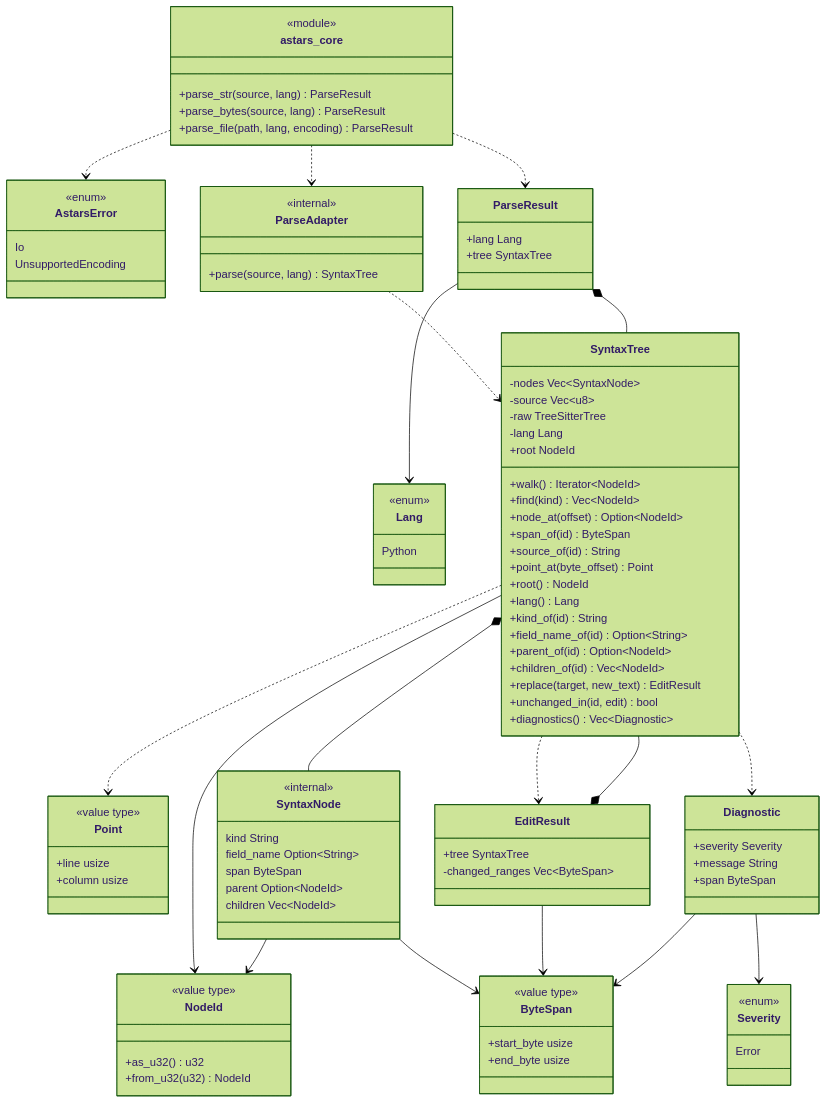
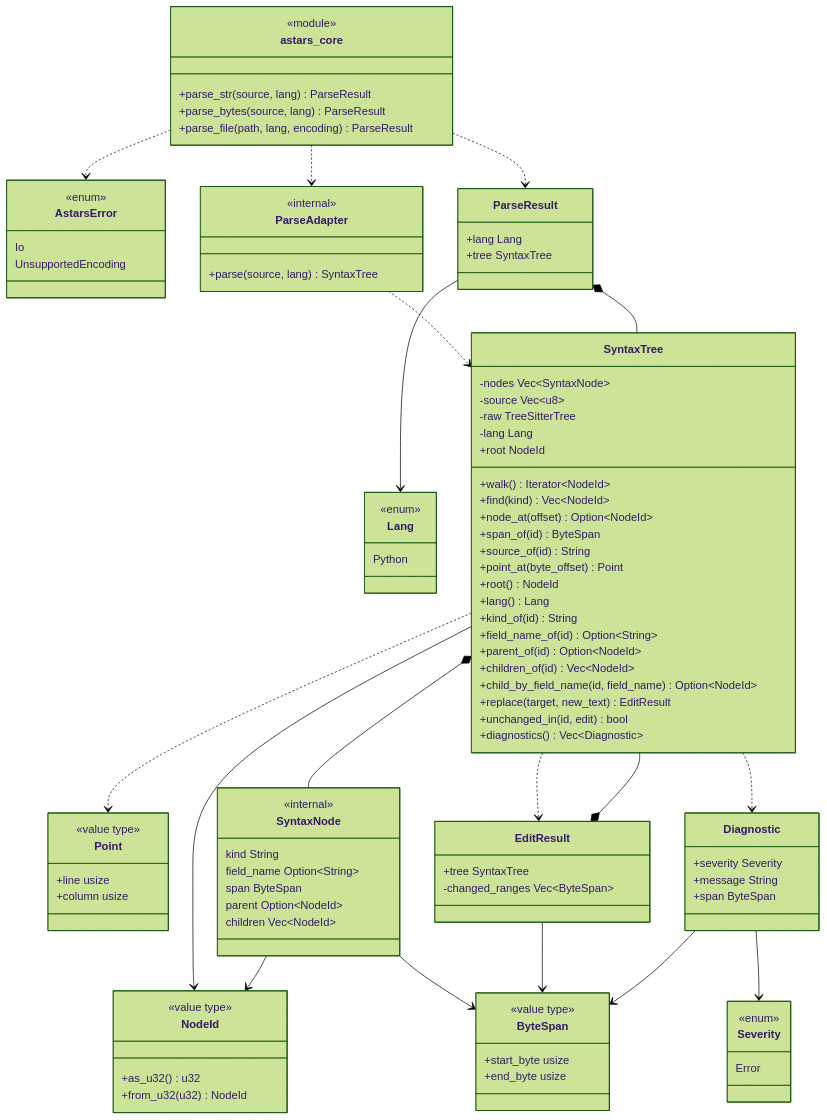
The first of 4 diagrams in docs/architecture/ARCHITECTURE.ja.md (xwasoux/astars), drawn with Mermaid (forest theme) before and after one commit. The commit also changed other lines of this file and 8 other files, not shown here.

```diff
--- a/docs/architecture/ARCHITECTURE.ja.md
+++ b/docs/architecture/ARCHITECTURE.ja.md
@@ -77,6 +77,7 @@
         +field_name_of(id) Option~String~
         +parent_of(id) Option~NodeId~
         +children_of(id) Vec~NodeId~
+        +child_by_field_name(id, field_name) Option~NodeId~
         +replace(target, new_text) EditResult
         +unchanged_in(id, edit) bool
         +diagnostics() Vec~Diagnostic~
```
